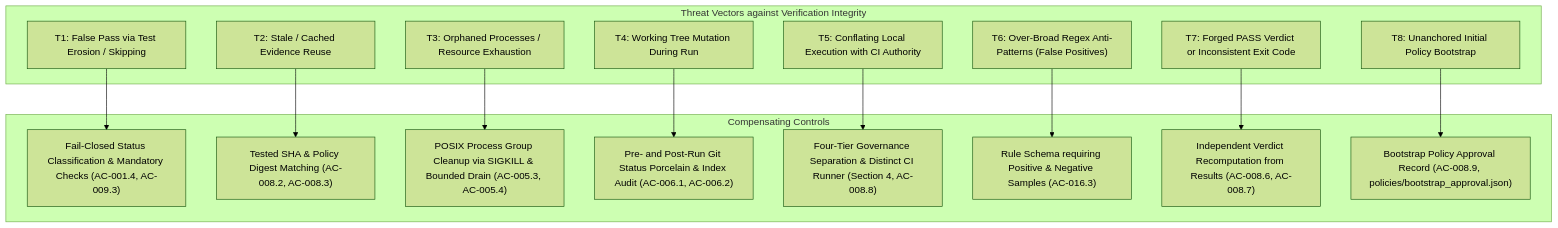
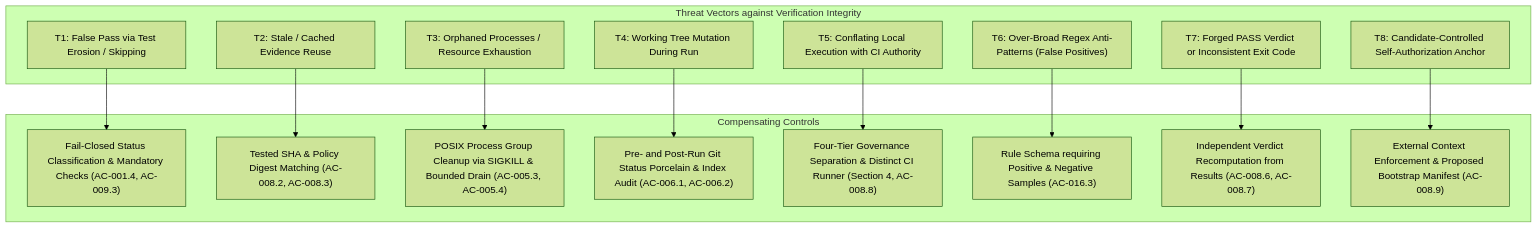
The diagram in specs/changes/FCT-000/risk-assessment.md (QuanCters/weback-android), drawn with Mermaid (forest theme) before and after one commit. The commit also changed other lines of this file and 7 other files, not shown here.

````diff
--- a/specs/changes/FCT-000/risk-assessment.md
+++ b/specs/changes/FCT-000/risk-assessment.md
@@ -23,33 +23,33 @@
 ```mermaid
 graph TD
     subgraph "Threat Vectors against Verification Integrity"
         T1["T1: False Pass via Test Erosion / Skipping"]
         T2["T2: Stale / Cached Evidence Reuse"]
         T3["T3: Orphaned Processes / Resource Exhaustion"]
         T4["T4: Working Tree Mutation During Run"]
         T5["T5: Conflating Local Execution with CI Authority"]
         T6["T6: Over-Broad Regex Anti-Patterns (False Positives)"]
         T7["T7: Forged PASS Verdict or Inconsistent Exit Code"]
-        T8["T8: Unanchored Initial Policy Bootstrap"]
+        T8["T8: Candidate-Controlled Self-Authorization Anchor"]
     end
 
     subgraph "Compensating Controls"
         C1["Fail-Closed Status Classification & Mandatory Checks (AC-001.4, AC-009.3)"]
         C2["Tested SHA & Policy Digest Matching (AC-008.2, AC-008.3)"]
         C3["POSIX Process Group Cleanup via SIGKILL & Bounded Drain (AC-005.3, AC-005.4)"]
         C4["Pre- and Post-Run Git Status Porcelain & Index Audit (AC-006.1, AC-006.2)"]
         C5["Four-Tier Governance Separation & Distinct CI Runner (Section 4, AC-008.8)"]
         C6["Rule Schema requiring Positive & Negative Samples (AC-016.3)"]
         C7["Independent Verdict Recomputation from Results (AC-008.6, AC-008.7)"]
-        C8["Bootstrap Policy Approval Record (AC-008.9, policies/bootstrap_approval.json)"]
+        C8["External Context Enforcement & Proposed Bootstrap Manifest (AC-008.9)"]
     end
 
     T1 --> C1
     T2 --> C2
     T3 --> C3
     T4 --> C4
     T5 --> C5
     T6 --> C6
     T7 --> C7
     T8 --> C8
 ```
````
